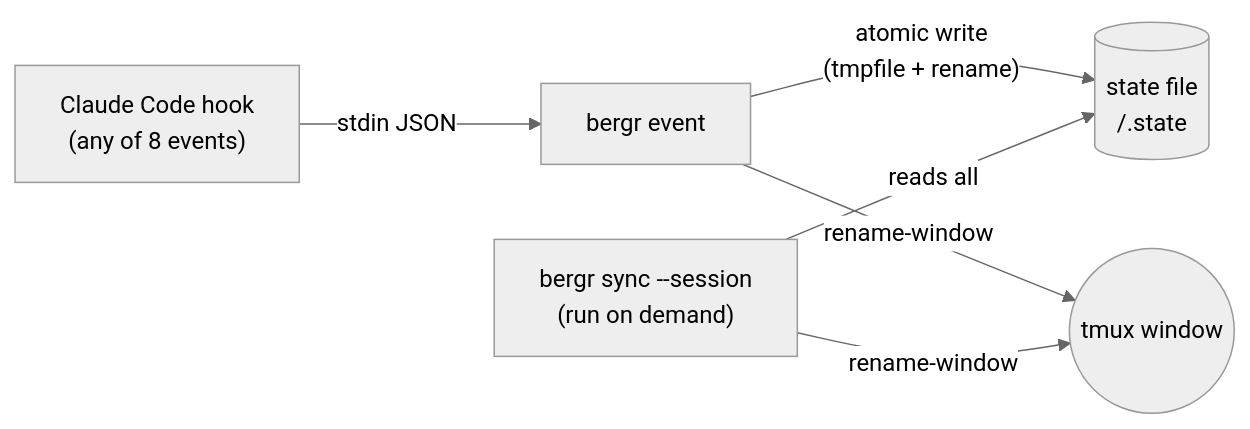
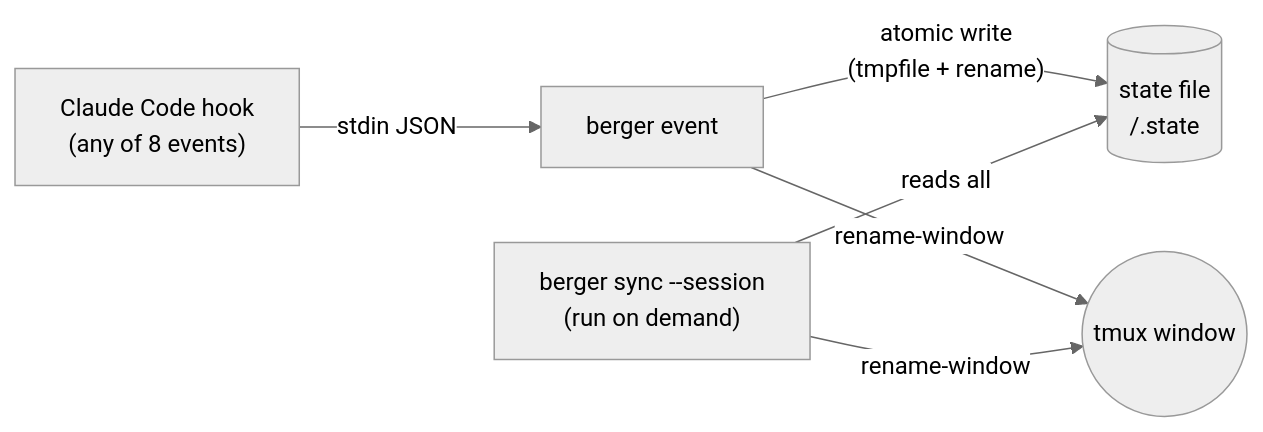
Before and after one commit to chrizzlekicks/berger: the diagram in README.md, drawn with Mermaid (neutral theme). The commit also changed other lines of this file and 20 other files, not shown here.

First line of the commit message:
refactor: rename project from bergr to berger

````diff
--- a/README.md
+++ b/README.md
@@ -130,9 +130,9 @@
 ```mermaid
 flowchart LR
-    hook["Claude Code hook\n(any of 8 events)"] -->|stdin JSON| event["bergr event"]
+    hook["Claude Code hook\n(any of 8 events)"] -->|stdin JSON| event["berger event"]
     event -->|"atomic write\n(tmpfile + rename)"| state[("state file\n<session>/<agent>.state")]
     event -->|rename-window| tmux(("tmux window\n<agent><symbol>"))
 
-    sync["bergr sync --session <name>\n(run on demand)"] -->|reads all| state
+    sync["berger sync --session <name>\n(run on demand)"] -->|reads all| state
     sync -->|rename-window| tmux
 ```
````
